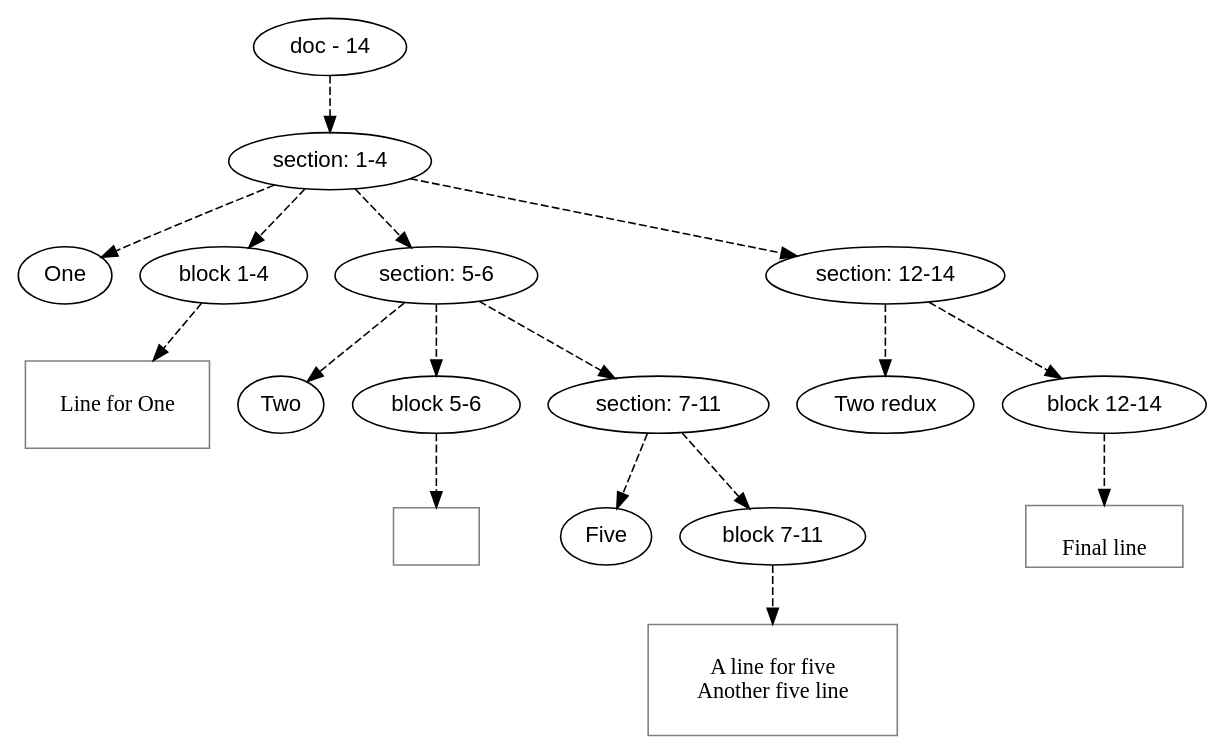
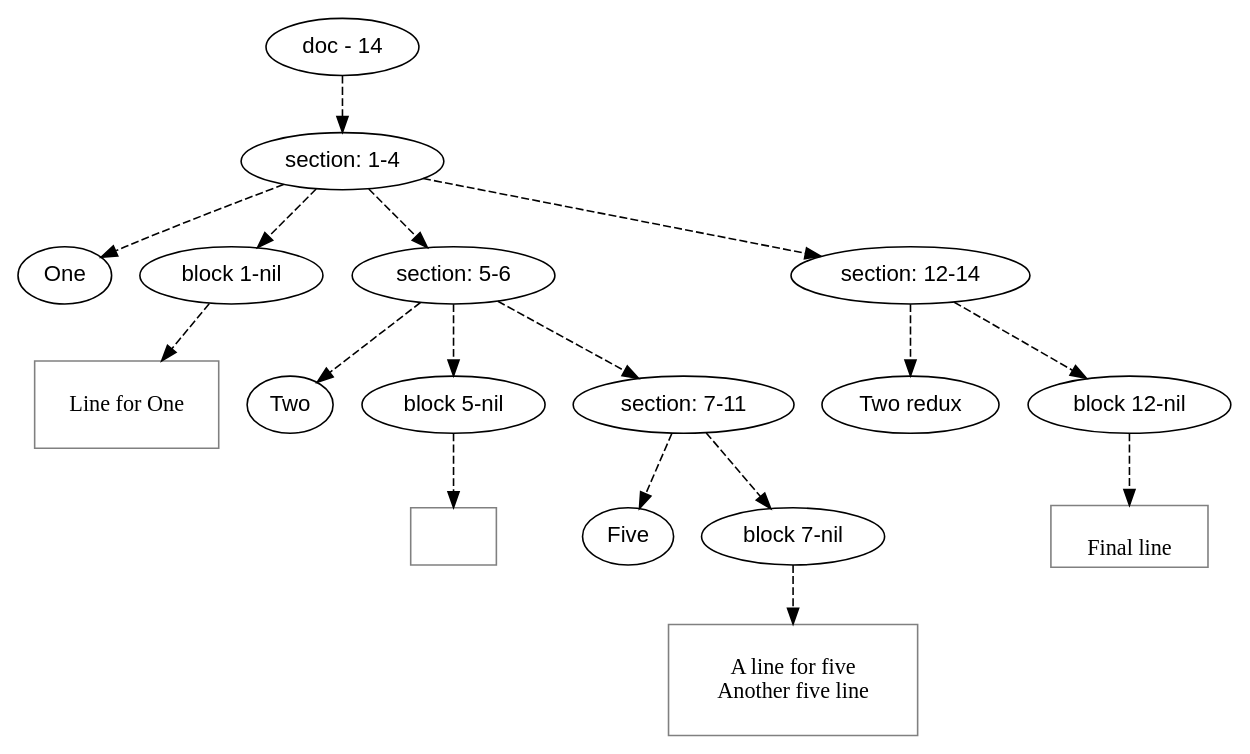
One commit to mnemnion/orb changed the diagram in orb/dot/samples/double_back.gm.dot. Above: the diagram before and after it, drawn with Graphviz. The commit also changed 40 other files, not shown here.

```diff
--- a/orb/dot/samples/double_back.gm.dot
+++ b/orb/dot/samples/double_back.gm.dot
@@ -1,59 +1,59 @@
 digraph hierarchy {
 
 node [fontname=Helvetica]
 edge [style=dashed]
 
 doc_0 [label="doc - 14"]
 
 doc_0 -> { section_1}
 {rank=same; section_1}
 
 section_1 [label="section: 1-4"]
 
 section_1 -> { header_2 block_3 section_4 section_5}
 {rank=same; header_2 block_3 section_4 section_5}
 
 header_2 [label="One"]
-block_3 [label="block 1-4"]
+block_3 [label="block 1-nil"]
 section_4 [label="section: 5-6"]
 section_5 [label="section: 12-14"]
 
 
 block_3 -> leaf_6
 leaf_6  [color=Gray,shape=rectangle,fontname=Inconsolata,label="
 Line for One
 
 "]section_4 -> { header_7 block_8 section_9}
 {rank=same; header_7 block_8 section_9}
 
 header_7 [label="Two"]
-block_8 [label="block 5-6"]
+block_8 [label="block 5-nil"]
 section_9 [label="section: 7-11"]
 
 
 block_8 -> leaf_10
 leaf_10  [color=Gray,shape=rectangle,fontname=Inconsolata,label="
 "]section_9 -> { header_11 block_12}
 {rank=same; header_11 block_12}
 
 header_11 [label="Five"]
-block_12 [label="block 7-11"]
+block_12 [label="block 7-nil"]
 
 
 block_12 -> leaf_13
 leaf_13  [color=Gray,shape=rectangle,fontname=Inconsolata,label="
 A line for five
 Another five line
 
 "]section_5 -> { header_14 block_15}
 {rank=same; header_14 block_15}
 
 header_14 [label="Two redux"]
-block_15 [label="block 12-14"]
+block_15 [label="block 12-nil"]
 
 
 block_15 -> leaf_16
 leaf_16  [color=Gray,shape=rectangle,fontname=Inconsolata,label="
 Final line
 "]
 }
```
